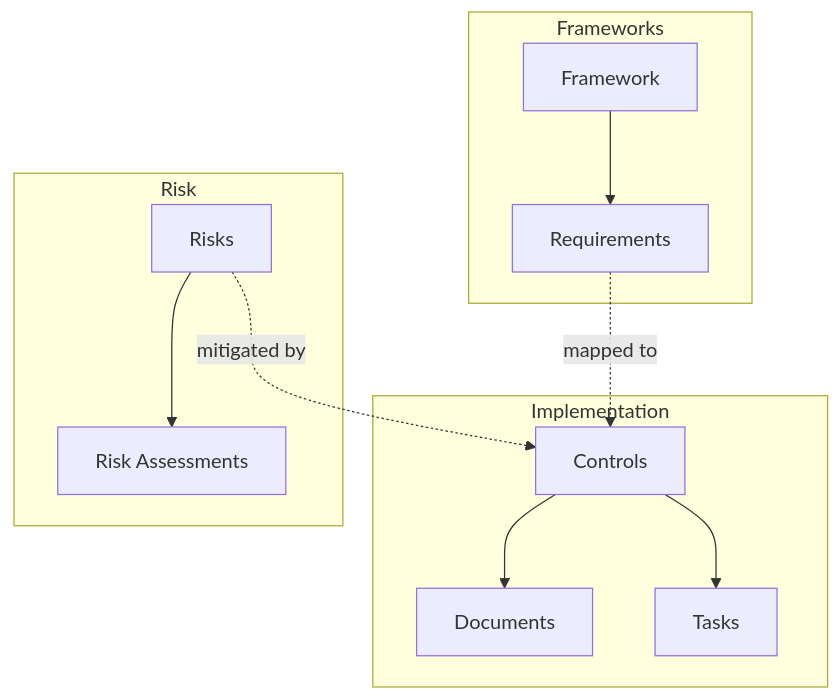
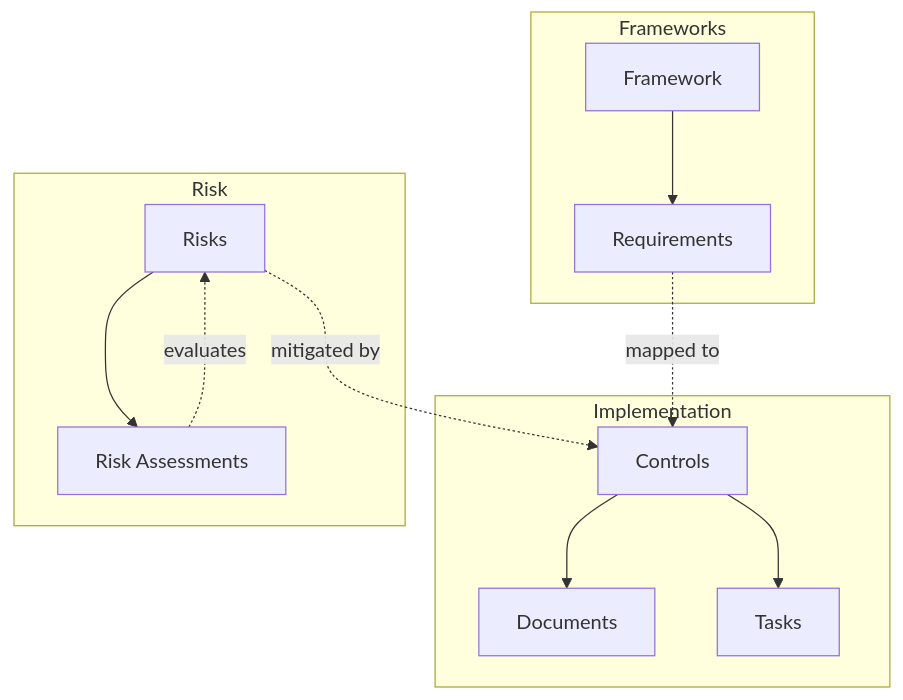
Before and after one commit to tekve/gover-docs: the diagram in docs/getting-started/key-concepts.md, drawn with Mermaid. The commit also changed 1 other file, not shown here.

Commit message:
Fix mermaid diagram: risk assessment evaluates risk

````diff
--- a/docs/getting-started/key-concepts.md
+++ b/docs/getting-started/key-concepts.md
@@ -11,15 +11,16 @@
 ```mermaid
 flowchart TB
     subgraph Frameworks
         F[Framework] --> R[Requirements]
     end
     subgraph Implementation
         C[Controls] --> D[Documents]
         C --> T[Tasks]
     end
     subgraph Risk
         RI[Risks] --> RA[Risk Assessments]
     end
     R -.->|mapped to| C
     RI -.->|mitigated by| C
+    RA -.->|evaluates| RI
 ```
````
